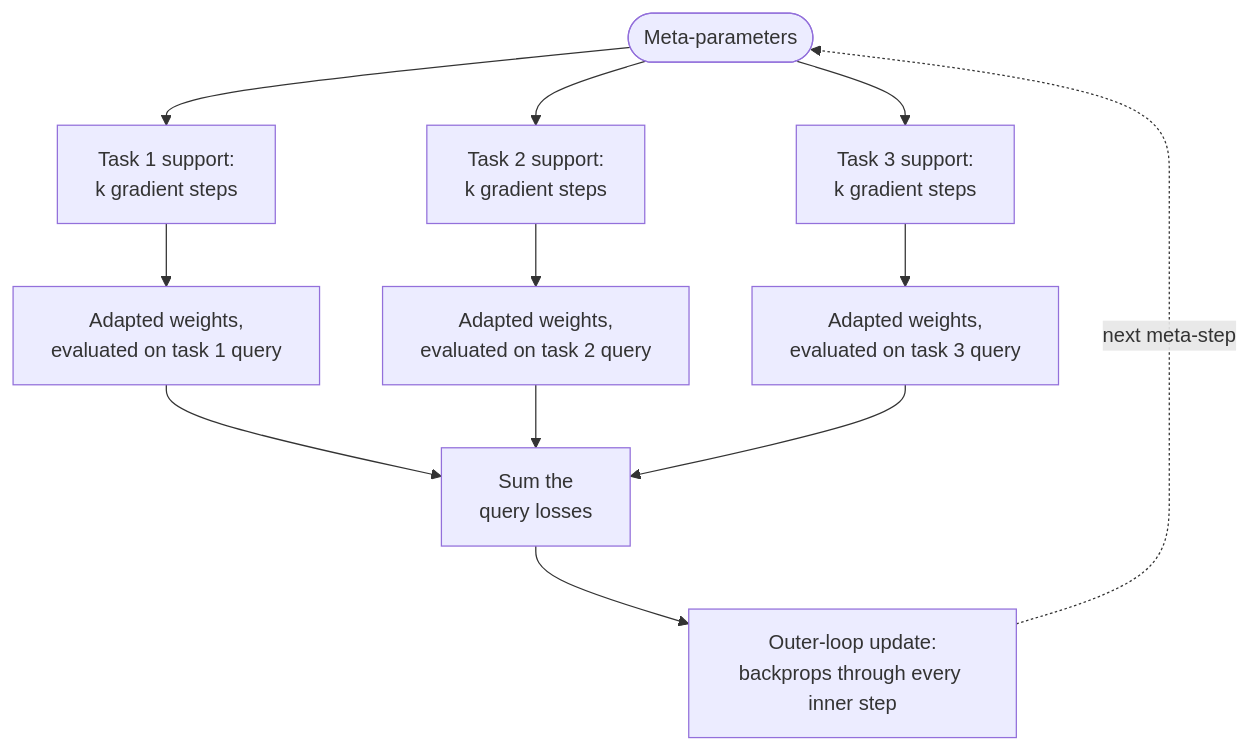
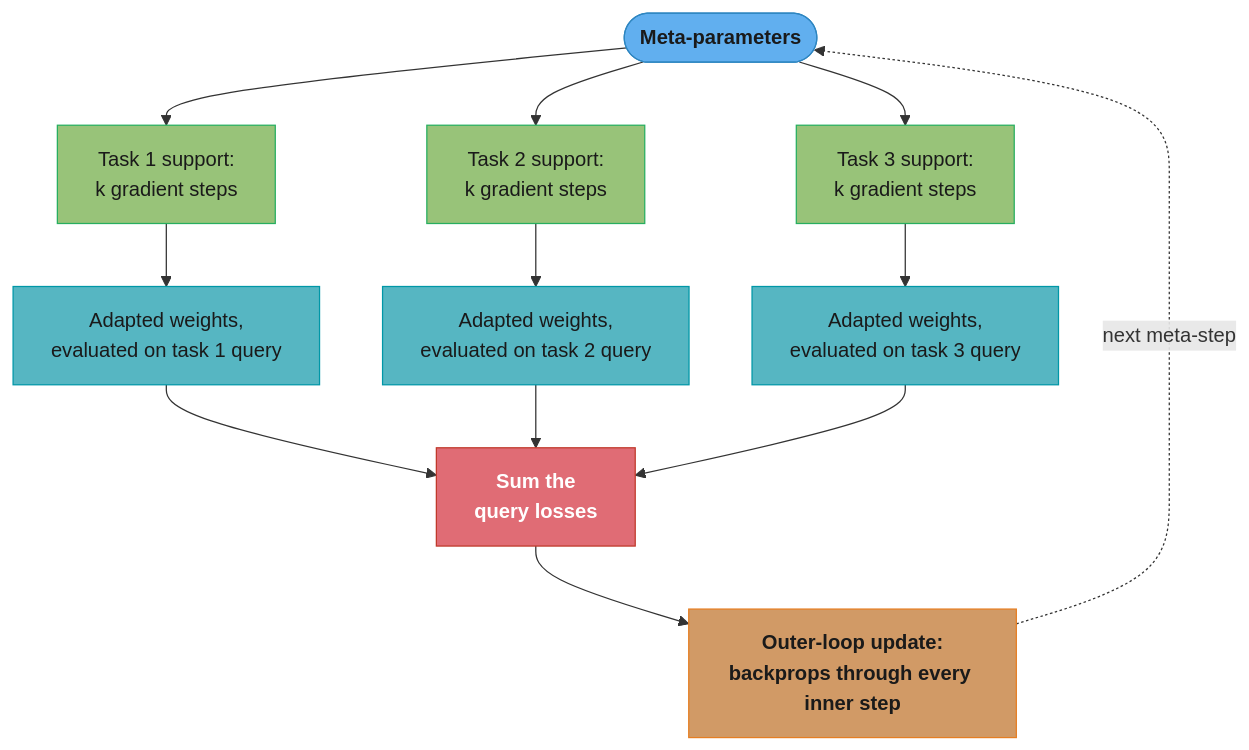
One commit to rppol/system-design changed the third of 4 diagrams in src/main/java/com/rutik/systemdesign/ml/meta_learning_and_few_shot/meta_learning_and_few_shot.md. Above: the diagram before and after it, drawn with Mermaid. The commit also changed other lines of this file and 38 other files, not shown here.

````diff
--- a/src/main/java/com/rutik/systemdesign/ml/meta_learning_and_few_shot/meta_learning_and_few_shot.md
+++ b/src/main/java/com/rutik/systemdesign/ml/meta_learning_and_few_shot/meta_learning_and_few_shot.md
@@ -207,14 +235,28 @@
 ```mermaid
 flowchart TD
+    classDef io      fill:#61afef,stroke:#2e86c1,color:#1a1a1a,font-weight:bold
+    classDef frozen  fill:#c678dd,stroke:#9b59b6,color:#fff
+    classDef train   fill:#98c379,stroke:#27ae60,color:#1a1a1a
+    classDef mathOp  fill:#d19a66,stroke:#e67e22,color:#1a1a1a,font-weight:bold
+    classDef lossN   fill:#e06c75,stroke:#c0392b,color:#fff,font-weight:bold
+    classDef req     fill:#56b6c2,stroke:#0097a7,color:#1a1a1a
+    classDef base    fill:#e5c07b,stroke:#f39c12,color:#1a1a1a
+
     THETA(["Meta-parameters"]) --> T1["Task 1 support:\nk gradient steps"]
     THETA --> T2["Task 2 support:\nk gradient steps"]
     THETA --> T3["Task 3 support:\nk gradient steps"]
     T1 --> Q1["Adapted weights,\nevaluated on task 1 query"]
     T2 --> Q2["Adapted weights,\nevaluated on task 2 query"]
     T3 --> Q3["Adapted weights,\nevaluated on task 3 query"]
     Q1 --> SUM["Sum the\nquery losses"]
     Q2 --> SUM
     Q3 --> SUM
     SUM --> OUTER["Outer-loop update:\nbackprops through every inner step"]
     OUTER -.->|"next meta-step"| THETA
+
+    class THETA io
+    class T1,T2,T3 train
+    class Q1,Q2,Q3 req
+    class SUM lossN
+    class OUTER mathOp
 ```
````
